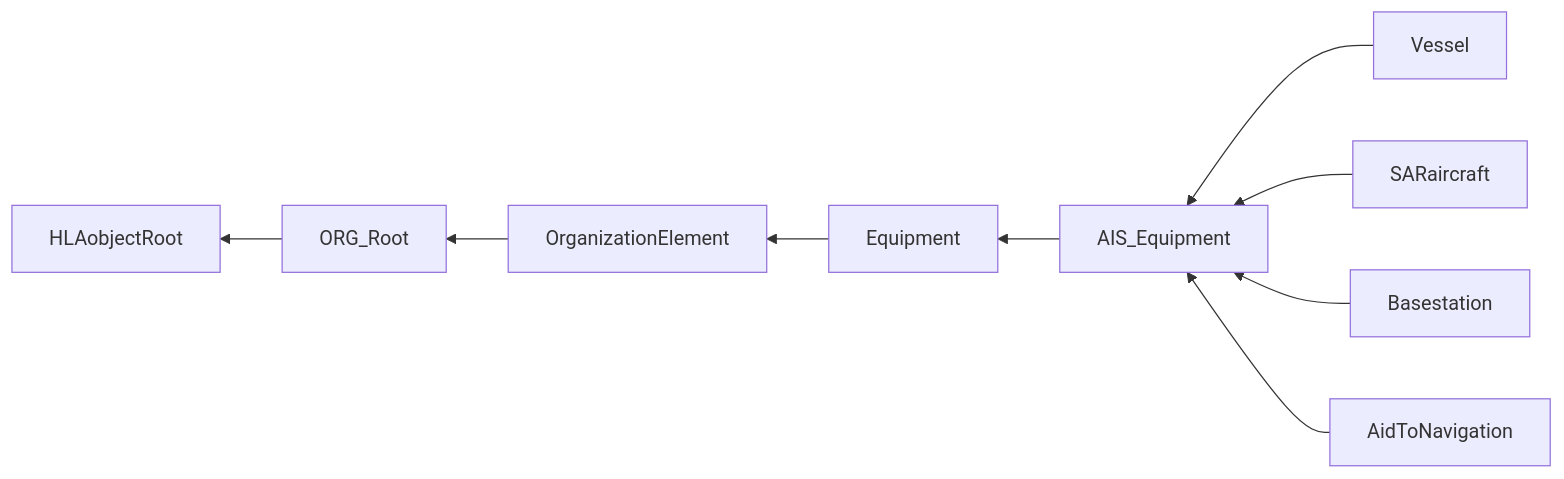
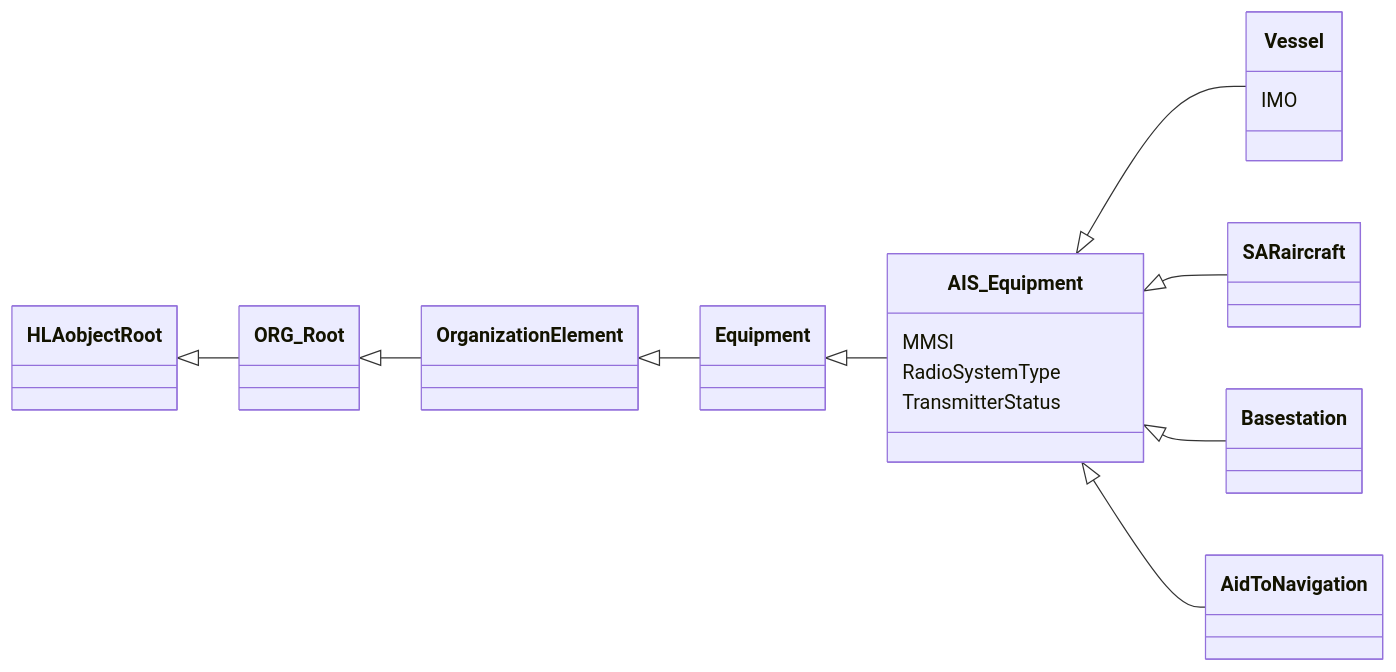
Before and after one commit to AMSP-04/NETN-AIS: the first of 2 diagrams in NETN-AIS.md, drawn with Mermaid. The commit also changed other lines of this file, not shown here.

````diff
--- a/NETN-AIS.md
+++ b/NETN-AIS.md
@@ -145,11 +143,17 @@
 ```mermaid
-graph RL
-ORG_Root-->HLAobjectRoot
-OrganizationElement-->ORG_Root
-Equipment-->OrganizationElement
-AIS_Equipment-->Equipment
-Vessel-->AIS_Equipment
-SARaircraft-->AIS_Equipment
-Basestation-->AIS_Equipment
-AidToNavigation-->AIS_Equipment
+classDiagram 
+direction LR
+
+HLAobjectRoot <|-- ORG_Root
+ORG_Root <|-- OrganizationElement
+OrganizationElement <|-- Equipment
+Equipment <|-- AIS_Equipment
+AIS_Equipment <|-- Vessel
+AIS_Equipment <|-- SARaircraft
+AIS_Equipment <|-- Basestation
+AIS_Equipment <|-- AidToNavigation
+AIS_Equipment : MMSI
+AIS_Equipment : RadioSystemType
+AIS_Equipment : TransmitterStatus
+Vessel : IMO
 ```
````
